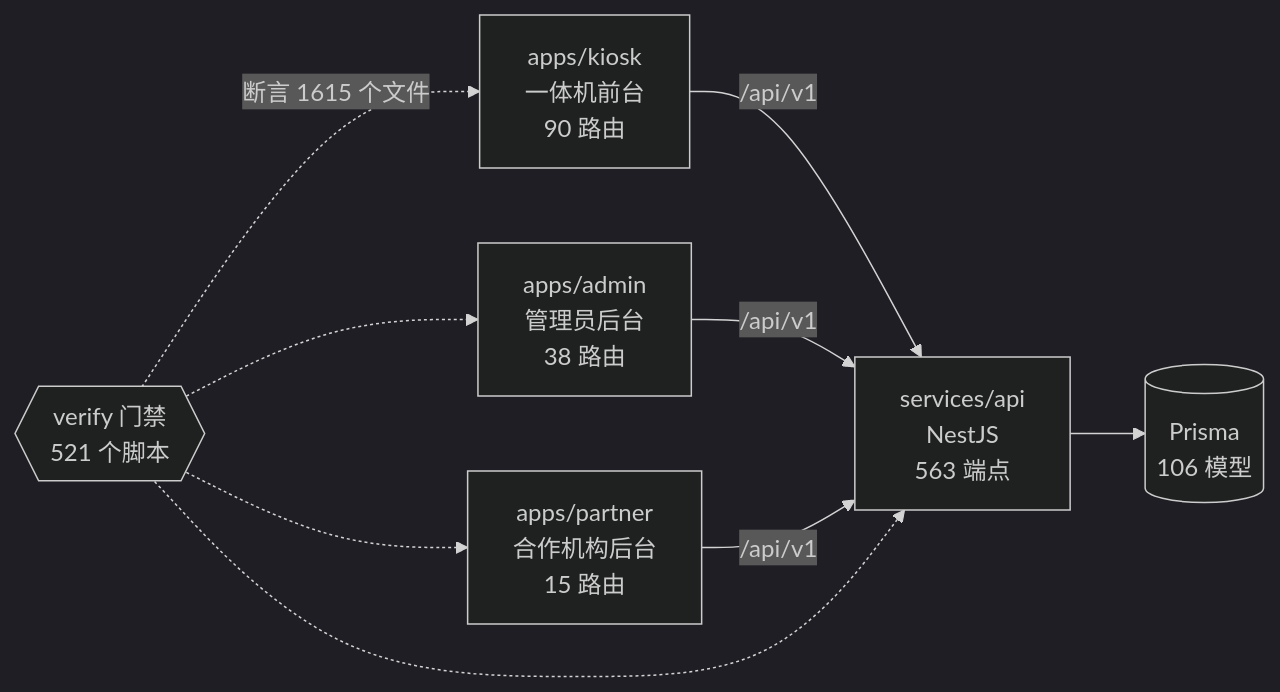
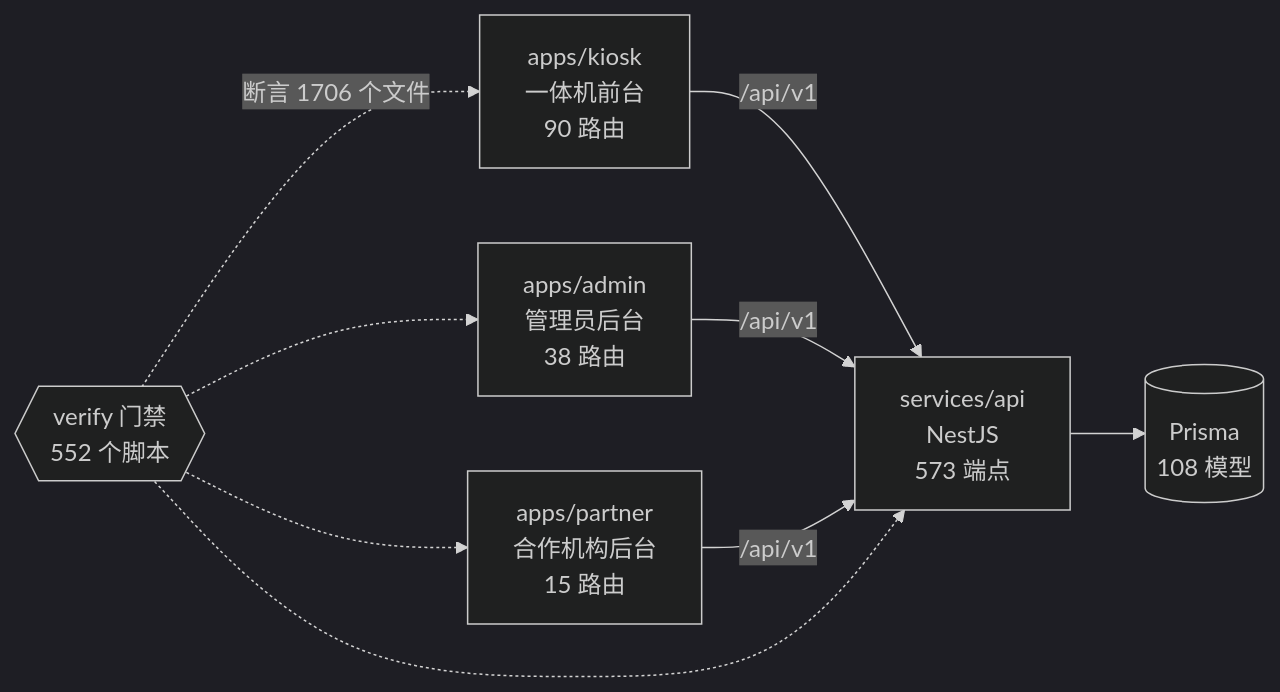
One commit to wanglei581/YITIJI changed the diagram in docs/graph/README.md. Above: the diagram before and after it, drawn with Mermaid (dark theme). The commit also changed other lines of this file and 2 other files, not shown here.

Commit message:
chore(graph): regenerate

````diff
--- a/docs/graph/README.md
+++ b/docs/graph/README.md
@@ -68,18 +68,18 @@
 ```mermaid
 flowchart LR
   kiosk["apps/kiosk<br/>一体机前台<br/>90 路由"]
   admin["apps/admin<br/>管理员后台<br/>38 路由"]
   partner["apps/partner<br/>合作机构后台<br/>15 路由"]
-  api["services/api<br/>NestJS<br/>563 端点"]
-  db[("Prisma<br/>106 模型")]
-  gates{{"verify 门禁<br/>521 个脚本"}}
+  api["services/api<br/>NestJS<br/>573 端点"]
+  db[("Prisma<br/>108 模型")]
+  gates{{"verify 门禁<br/>552 个脚本"}}
 
   kiosk -->|"/api/v1"| api
   admin -->|"/api/v1"| api
   partner -->|"/api/v1"| api
   api --> db
-  gates -.->|"断言 1615 个文件"| kiosk
+  gates -.->|"断言 1706 个文件"| kiosk
   gates -.-> admin
   gates -.-> partner
   gates -.-> api
 ```
````
